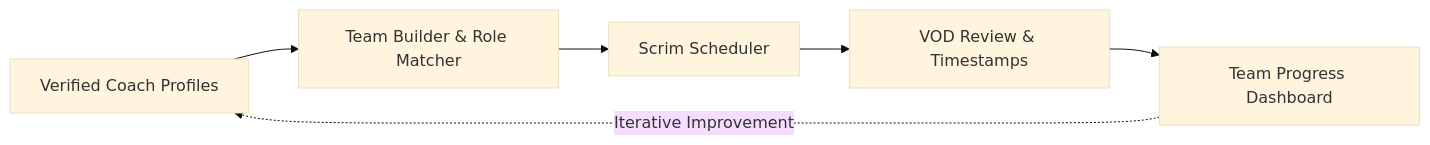
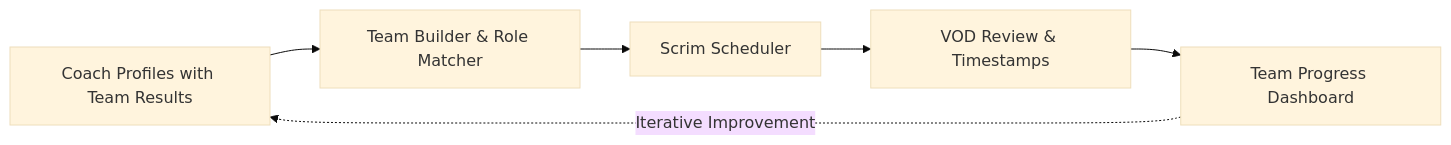
One commit to tanejadaksh2007-cloud/GetBetter changed the first of 3 diagrams in HACKATHON_REPORT.md. Above: the diagram before and after it, drawn with Mermaid (base theme). The commit also changed other lines of this file, not shown here.

````diff
--- a/HACKATHON_REPORT.md
+++ b/HACKATHON_REPORT.md
@@ -52,8 +52,8 @@
 ```mermaid
 flowchart LR
-    A["Verified Coach Profiles"] --> B["Team Builder & Role Matcher"]
+    A["Coach Profiles with Team Results"] --> B["Team Builder & Role Matcher"]
     B --> C["Scrim Scheduler"]
     C --> D["VOD Review & Timestamps"]
     D --> E["Team Progress Dashboard"]
     E -. "Iterative Improvement" .-> A
 ```
````
